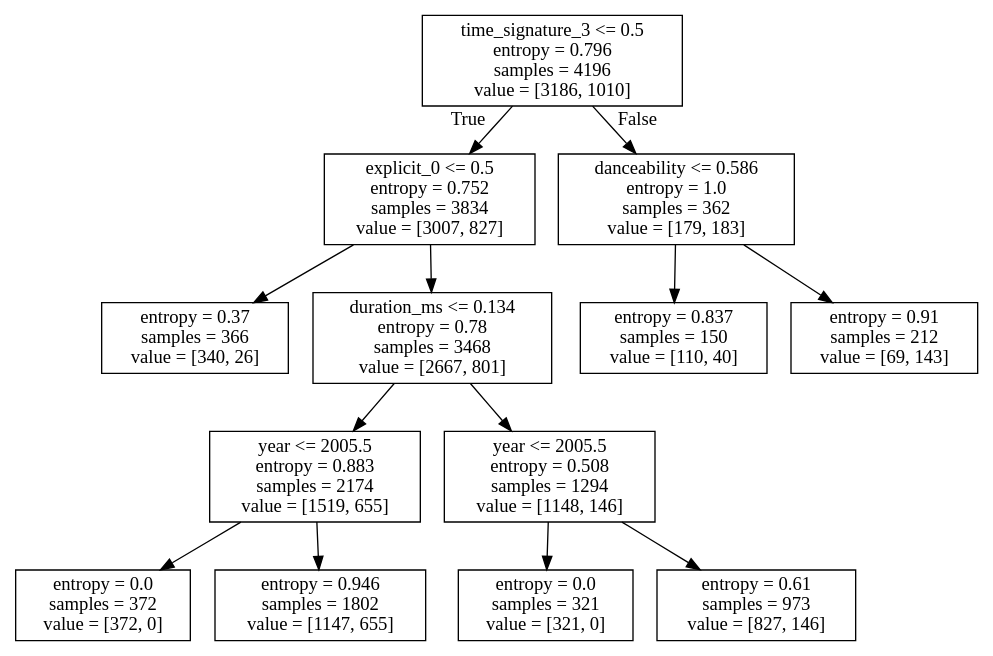
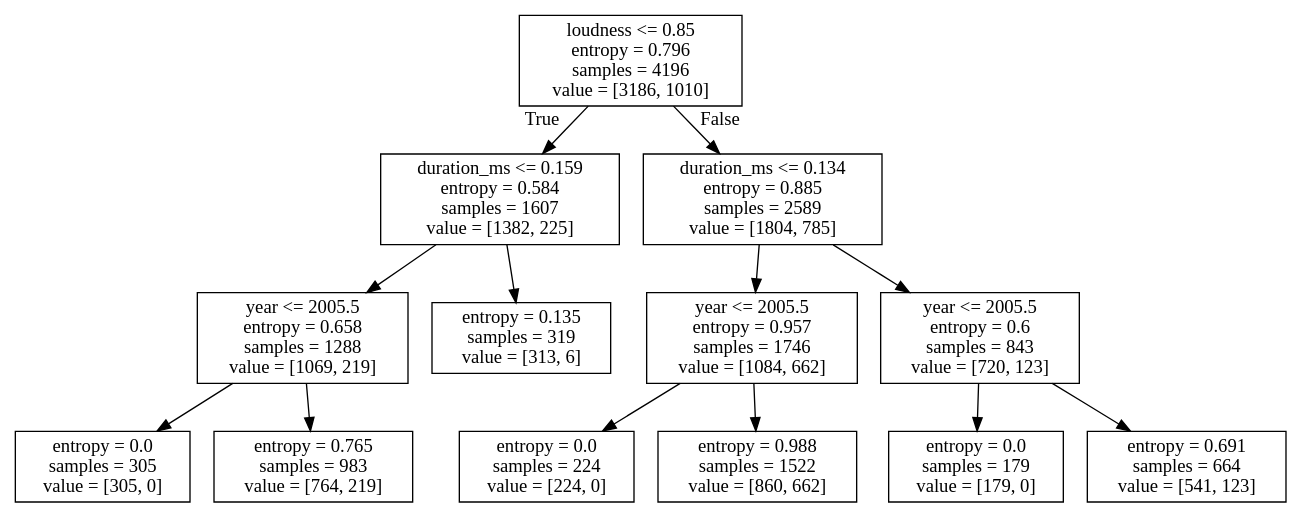
The diagram in latin_DT.dot (CrystalCo/audio_features_popularity_classifiers), drawn with Graphviz before and after one commit. The commit also changed 14 other files, not shown here.

```diff
--- a/latin_DT.dot
+++ b/latin_DT.dot
@@ -1,28 +1,28 @@
 digraph Tree {
 node [shape=box] ;
-0 [label="time_signature_3 <= 0.5\nentropy = 0.796\nsamples = 4196\nvalue = [3186, 1010]"] ;
-1 [label="explicit_0 <= 0.5\nentropy = 0.752\nsamples = 3834\nvalue = [3007, 827]"] ;
+0 [label="loudness <= 0.85\nentropy = 0.796\nsamples = 4196\nvalue = [3186, 1010]"] ;
+1 [label="duration_ms <= 0.159\nentropy = 0.584\nsamples = 1607\nvalue = [1382, 225]"] ;
 0 -> 1 [labeldistance=2.5, labelangle=45, headlabel="True"] ;
-2 [label="entropy = 0.37\nsamples = 366\nvalue = [340, 26]"] ;
+2 [label="year <= 2005.5\nentropy = 0.658\nsamples = 1288\nvalue = [1069, 219]"] ;
 1 -> 2 ;
-3 [label="duration_ms <= 0.134\nentropy = 0.78\nsamples = 3468\nvalue = [2667, 801]"] ;
-1 -> 3 ;
-4 [label="year <= 2005.5\nentropy = 0.883\nsamples = 2174\nvalue = [1519, 655]"] ;
-3 -> 4 ;
-5 [label="entropy = 0.0\nsamples = 372\nvalue = [372, 0]"] ;
-4 -> 5 ;
-6 [label="entropy = 0.946\nsamples = 1802\nvalue = [1147, 655]"] ;
-4 -> 6 ;
-7 [label="year <= 2005.5\nentropy = 0.508\nsamples = 1294\nvalue = [1148, 146]"] ;
-3 -> 7 ;
-8 [label="entropy = 0.0\nsamples = 321\nvalue = [321, 0]"] ;
+3 [label="entropy = 0.0\nsamples = 305\nvalue = [305, 0]"] ;
+2 -> 3 ;
+4 [label="entropy = 0.765\nsamples = 983\nvalue = [764, 219]"] ;
+2 -> 4 ;
+5 [label="entropy = 0.135\nsamples = 319\nvalue = [313, 6]"] ;
+1 -> 5 ;
+6 [label="duration_ms <= 0.134\nentropy = 0.885\nsamples = 2589\nvalue = [1804, 785]"] ;
+0 -> 6 [labeldistance=2.5, labelangle=-45, headlabel="False"] ;
+7 [label="year <= 2005.5\nentropy = 0.957\nsamples = 1746\nvalue = [1084, 662]"] ;
+6 -> 7 ;
+8 [label="entropy = 0.0\nsamples = 224\nvalue = [224, 0]"] ;
 7 -> 8 ;
-9 [label="entropy = 0.61\nsamples = 973\nvalue = [827, 146]"] ;
+9 [label="entropy = 0.988\nsamples = 1522\nvalue = [860, 662]"] ;
 7 -> 9 ;
-10 [label="danceability <= 0.586\nentropy = 1.0\nsamples = 362\nvalue = [179, 183]"] ;
-0 -> 10 [labeldistance=2.5, labelangle=-45, headlabel="False"] ;
-11 [label="entropy = 0.837\nsamples = 150\nvalue = [110, 40]"] ;
+10 [label="year <= 2005.5\nentropy = 0.6\nsamples = 843\nvalue = [720, 123]"] ;
+6 -> 10 ;
+11 [label="entropy = 0.0\nsamples = 179\nvalue = [179, 0]"] ;
 10 -> 11 ;
-12 [label="entropy = 0.91\nsamples = 212\nvalue = [69, 143]"] ;
+12 [label="entropy = 0.691\nsamples = 664\nvalue = [541, 123]"] ;
 10 -> 12 ;
 }
```
